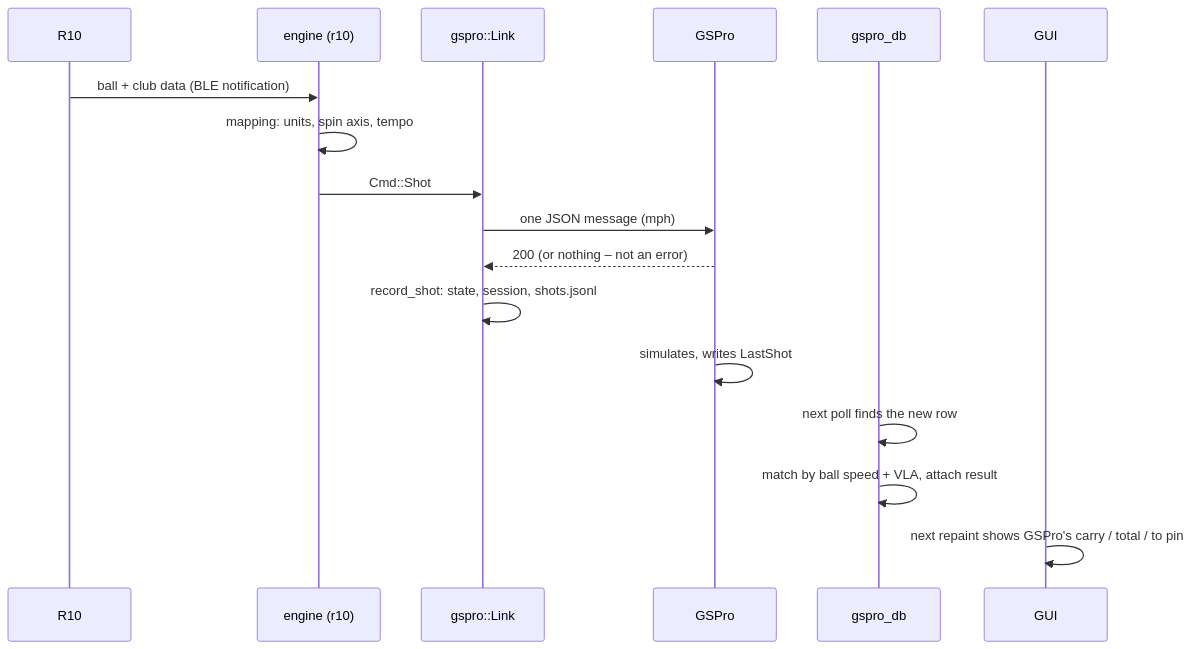
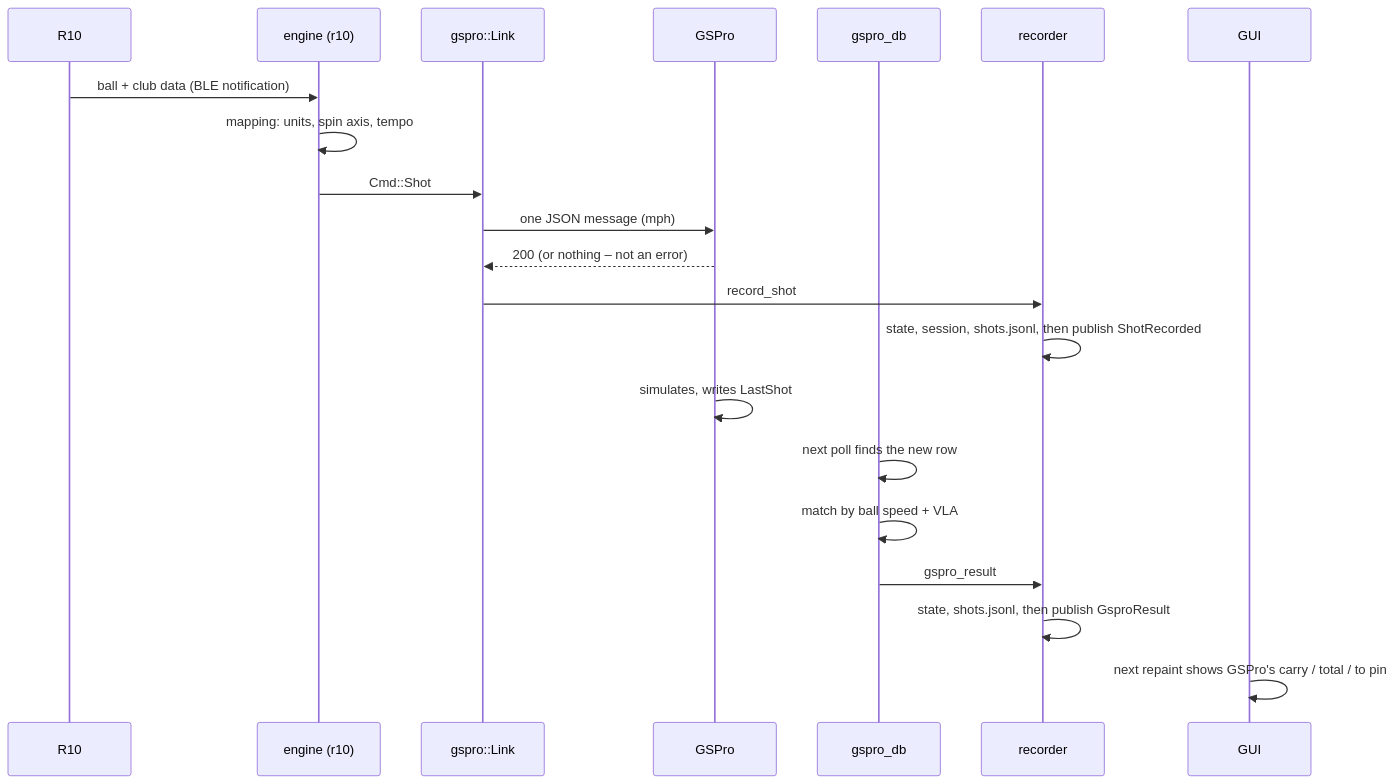
Before and after one commit to chgl42/golfsim-connect: the third of 3 diagrams in docs/architecture.md, drawn with Mermaid. The commit also changed other lines of this file and 10 other files, not shown here.

````diff
--- a/docs/architecture.md
+++ b/docs/architecture.md
@@ -105,19 +115,23 @@
 ```mermaid
 sequenceDiagram
   participant R10
   participant E as engine (r10)
   participant L as gspro::Link
   participant GS as GSPro
   participant DB as gspro_db
+  participant RC as recorder
   participant UI as GUI
   R10->>E: ball + club data (BLE notification)
   E->>E: mapping: units, spin axis, tempo
   E->>L: Cmd::Shot
   L->>GS: one JSON message (mph)
   GS-->>L: 200 (or nothing – not an error)
-  L->>L: record_shot: state, session, shots.jsonl
+  L->>RC: record_shot
+  RC->>RC: state, session, shots.jsonl, then publish ShotRecorded
   GS->>GS: simulates, writes LastShot
   DB->>DB: next poll finds the new row
-  DB->>DB: match by ball speed + VLA, attach result
+  DB->>DB: match by ball speed + VLA
+  DB->>RC: gspro_result
+  RC->>RC: state, shots.jsonl, then publish GsproResult
   UI->>UI: next repaint shows GSPro's carry / total / to pin
 ```
````
